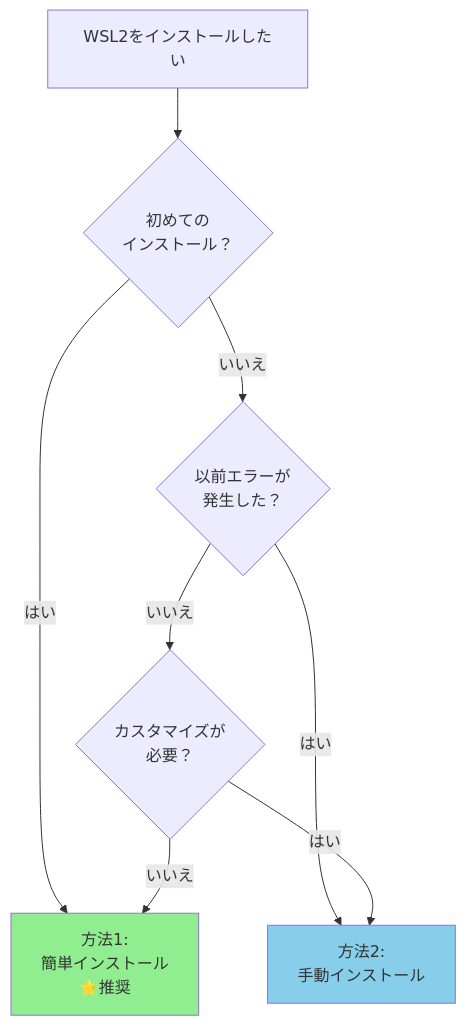
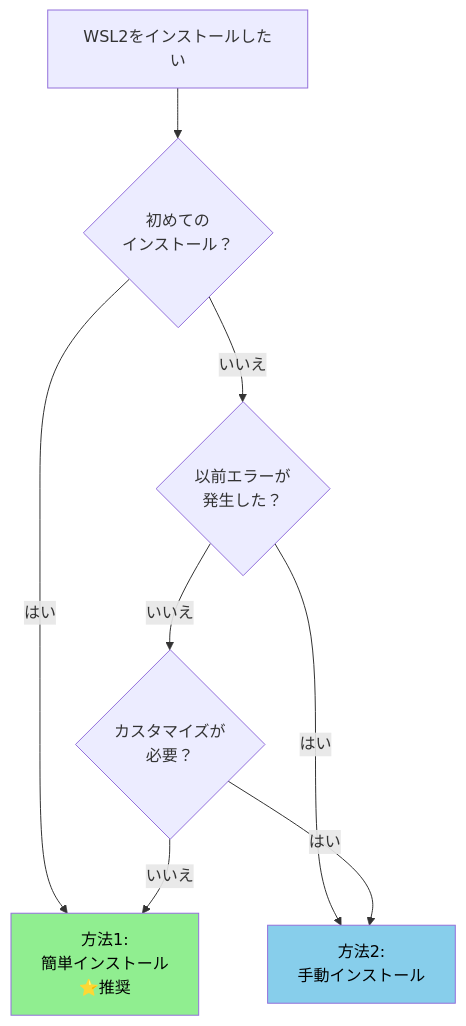
One commit to sas-com/github-guidelines changed the second of 2 diagrams in docs/onboarding/GITHUB_ENVIRONMENT_SETUP.md. Above: the diagram before and after it, drawn with Mermaid. The commit also changed other lines of this file, not shown here.

First line of the commit message:
docs(environment): Mermaidフローチャートのテキスト視認性を改善

````diff
--- a/docs/onboarding/GITHUB_ENVIRONMENT_SETUP.md
+++ b/docs/onboarding/GITHUB_ENVIRONMENT_SETUP.md
@@ -288,13 +288,13 @@
 ```mermaid
 flowchart TD
     Start[WSL2をインストールしたい] --> Check1{初めての<br/>インストール？}
     Check1 -->|はい| Method1[方法1:<br/>簡単インストール<br/>⭐推奨]
     Check1 -->|いいえ| Check2{以前エラーが<br/>発生した？}
     Check2 -->|はい| Method2[方法2:<br/>手動インストール]
     Check2 -->|いいえ| Check3{カスタマイズが<br/>必要？}
     Check3 -->|はい| Method2
     Check3 -->|いいえ| Method1
     
-    style Method1 fill:#90EE90
-    style Method2 fill:#87CEEB
+    style Method1 fill:#90EE90,color:#000
+    style Method2 fill:#87CEEB,color:#000
 ```
````
